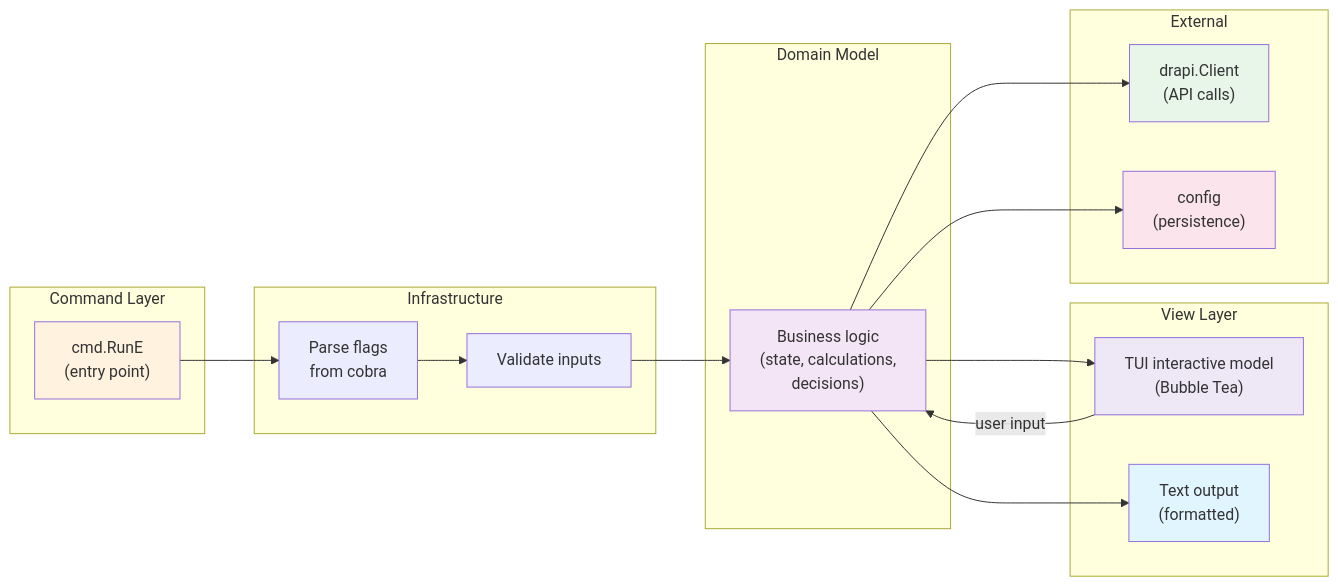
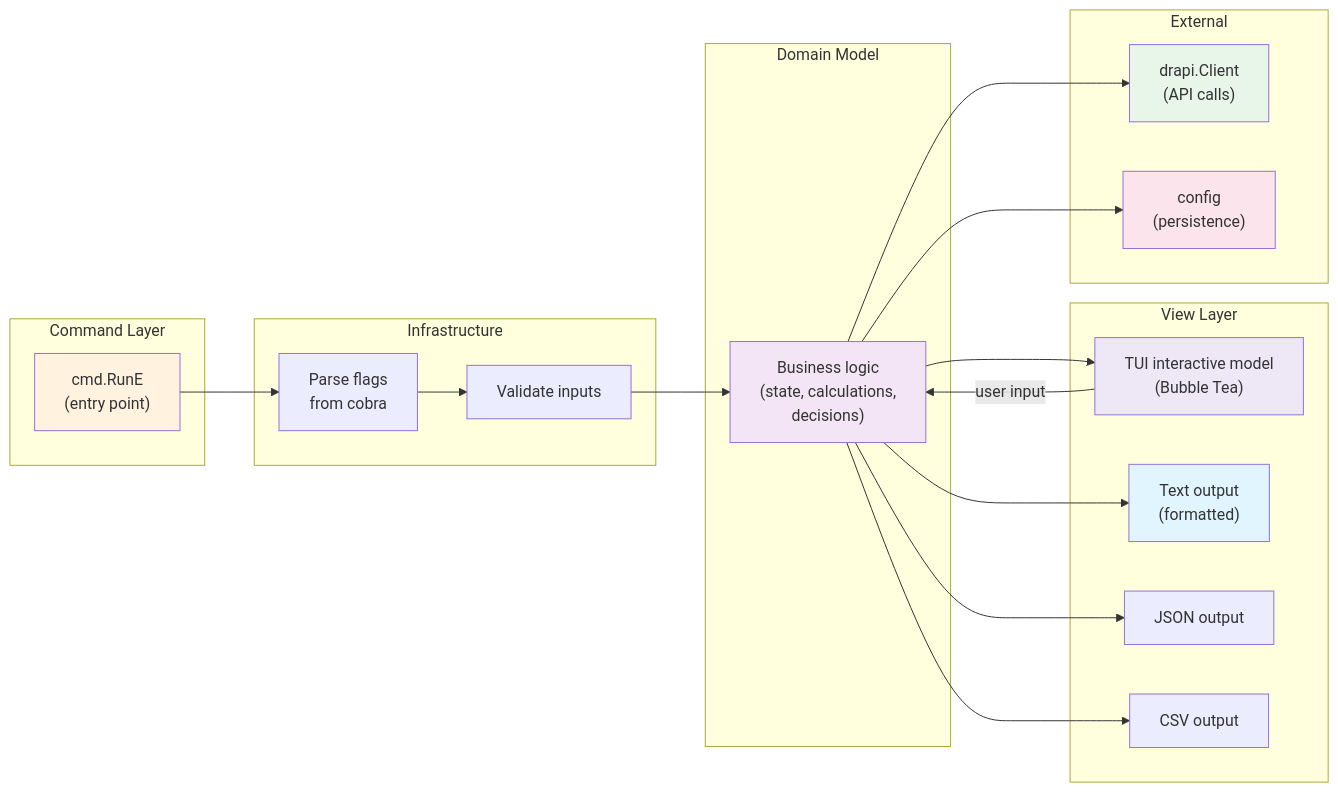
Before and after one commit to datarobot-oss/cli: the fourth of 5 diagrams in docs/development/architecture.md, drawn with Mermaid.

Commit message:
Add JSON and CSV output formats to Model-View-Cmd pattern

````diff
--- a/docs/development/architecture.md
+++ b/docs/development/architecture.md
@@ -99,43 +99,47 @@
 ```mermaid
 graph LR
     subgraph "Command Layer"
         CMD["cmd.RunE<br/>(entry point)"]
     end
     
     subgraph "Infrastructure"
         PARSE["Parse flags<br/>from cobra"]
         VALIDATE["Validate inputs"]
     end
     
     subgraph "Domain Model"
         MODEL["Business logic<br/>(state, calculations,<br/>decisions)"]
     end
     
     subgraph "View Layer"
         TUI["TUI interactive model<br/>(Bubble Tea)"]
         TEXT["Text output<br/>(formatted)"]
+        JSON["JSON output"]
+        CSV["CSV output"]
     end
     
     subgraph "External"
         API["drapi.Client<br/>(API calls)"]
         CONFIG["config<br/>(persistence)"]
     end
     
     CMD --> PARSE
     PARSE --> VALIDATE
     VALIDATE --> MODEL
     
     MODEL --> TUI
     MODEL --> TEXT
+    MODEL --> JSON
+    MODEL --> CSV
     MODEL --> API
     MODEL --> CONFIG
     
     TUI -->|user input| MODEL
     
     style CMD fill:#fff3e0
     style MODEL fill:#f3e5f5
     style TUI fill:#ede7f6
     style TEXT fill:#e1f5ff
     style API fill:#e8f5e9
     style CONFIG fill:#fce4ec
 ```
````
